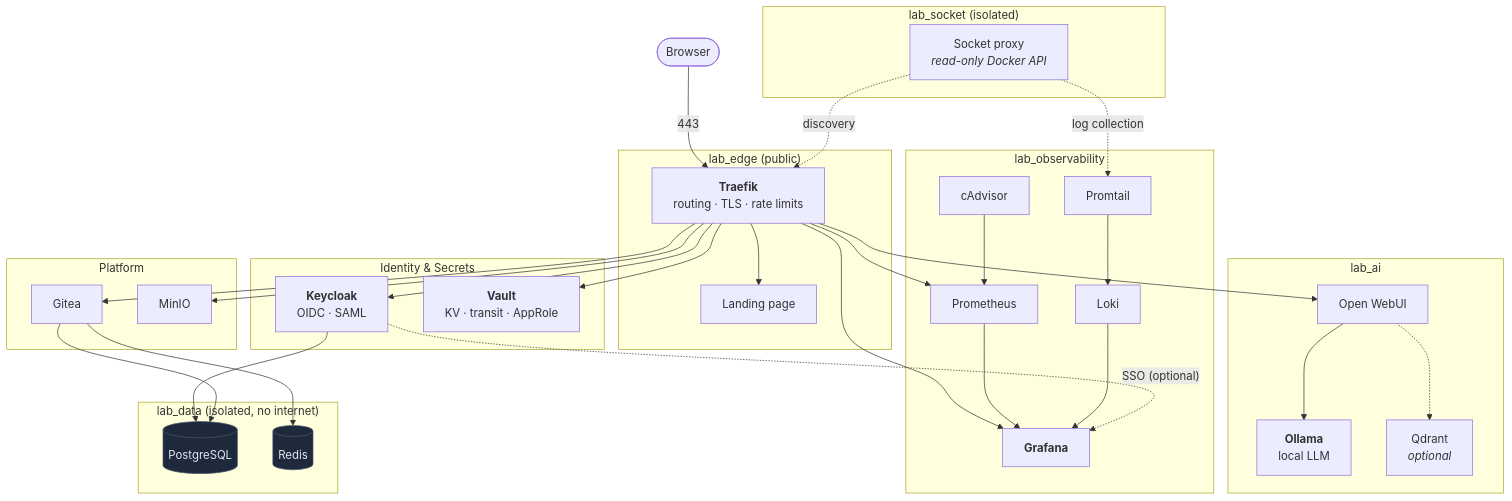
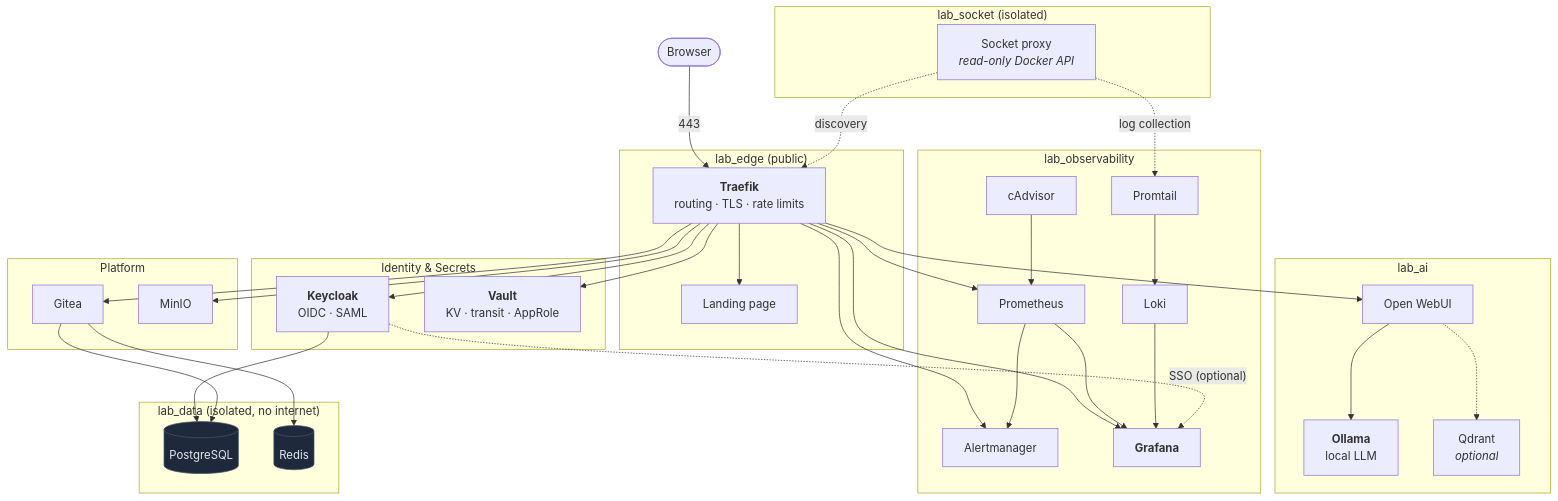
The diagram in README.md (chriswayneh/lab-in-a-box), drawn with Mermaid before and after one commit. The commit also changed other lines of this file and 17 other files, not shown here.

````diff
--- a/README.md
+++ b/README.md
@@ -199,64 +199,66 @@
 ```mermaid
 graph TB
     User(["Browser"])
 
     subgraph edge["lab_edge (public)"]
         Traefik["<b>Traefik</b><br/>routing · TLS · rate limits"]
         Landing["Landing page"]
     end
 
     subgraph iam["Identity & Secrets"]
         Keycloak["<b>Keycloak</b><br/>OIDC · SAML"]
         Vault["<b>Vault</b><br/>KV · transit · AppRole"]
     end
 
     subgraph ai["lab_ai"]
         OpenWebUI["Open WebUI"]
         Ollama["<b>Ollama</b><br/>local LLM"]
         Qdrant["Qdrant<br/><i>optional</i>"]
     end
 
     subgraph obs["lab_observability"]
         Prometheus["Prometheus"]
+        Alertmanager["Alertmanager"]
         Grafana["<b>Grafana</b>"]
         Loki["Loki"]
         Promtail["Promtail"]
         cAdvisor["cAdvisor"]
     end
 
     subgraph platform["Platform"]
         Gitea["Gitea"]
         MinIO["MinIO"]
     end
 
     subgraph data["lab_data (isolated, no internet)"]
         Postgres[("PostgreSQL")]
         Redis[("Redis")]
     end
 
     subgraph socket["lab_socket (isolated)"]
         SocketProxy["Socket proxy<br/><i>read-only Docker API</i>"]
     end
 
     User -->|"443"| Traefik
-    Traefik --> Landing & Keycloak & Vault & Grafana & OpenWebUI & Gitea & MinIO & Prometheus
+    Traefik --> Landing & Keycloak & Vault & Grafana & OpenWebUI & Gitea & MinIO & Prometheus & Alertmanager
 
     Keycloak --> Postgres
     Gitea --> Postgres & Redis
 
     OpenWebUI --> Ollama
     OpenWebUI -.-> Qdrant
 
     cAdvisor --> Prometheus
     Promtail --> Loki
+    Prometheus --> Alertmanager
     Prometheus --> Grafana
     Loki --> Grafana
 
     SocketProxy -.->|discovery| Traefik
     SocketProxy -.->|log collection| Promtail
 
     Keycloak -.->|"SSO (optional)"| Grafana
 
     classDef store fill:#1e293b,stroke:#475569,color:#e2e8f0
     class Postgres,Redis store
 ```
````
